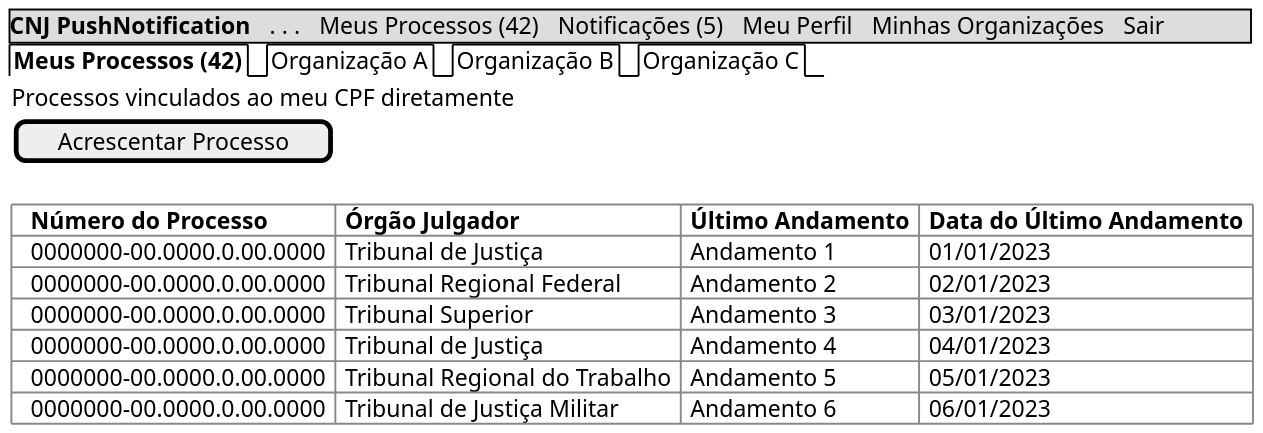
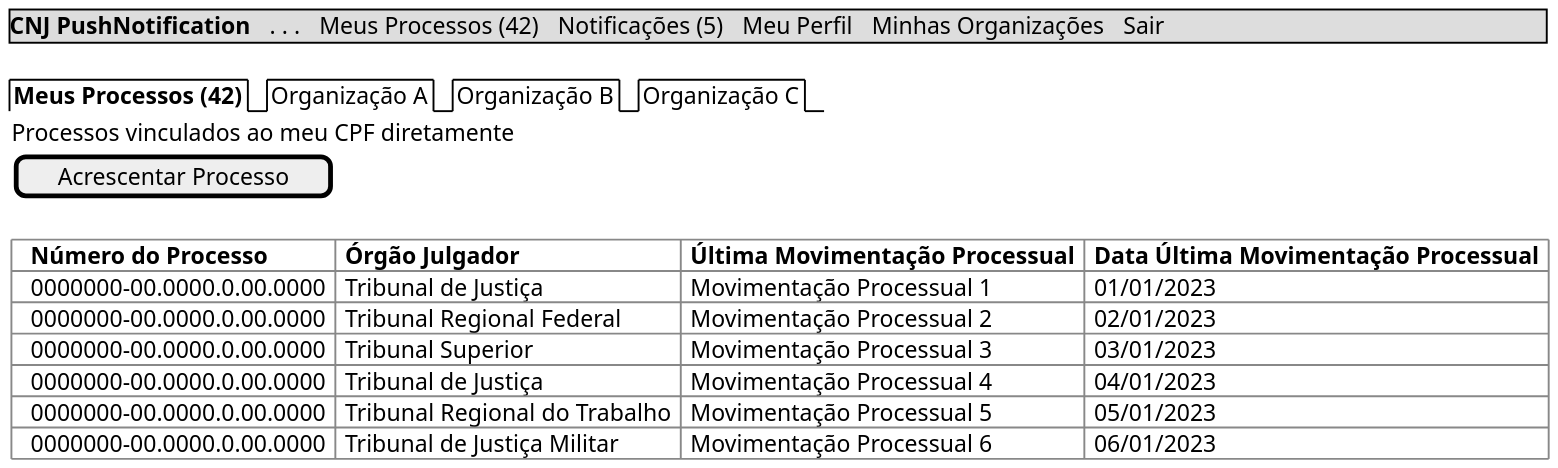
Before and after one commit to HelderVieira/cnj_push_notfication: the diagram in docs/wireframes/lista_processos_usuario.pu, drawn with PlantUML. The commit also changed 1 other file, not shown here.

```diff
--- a/docs/wireframes/lista_processos_usuario.pu
+++ b/docs/wireframes/lista_processos_usuario.pu
@@ -1,24 +1,25 @@
 @startsalt Lista de Processos do Usuário
 skinparam dpi 200
 
 {
     {* <b>CNJ PushNotification | . . . | Meus Processos (42) | Notificações (5) | Meu Perfil | Minhas Organizações | Sair }
-
+    .
     {/ <b>Meus Processos (42) | Organização A | Organização B | Organização C}
     {
     Processos vinculados ao meu CPF diretamente
     [Acrescentar Processo]
     .
         {T#
-        +<b>Número do Processo | <b>Órgão Julgador | <b>Último Andamento | <b>Data do Último Andamento
-        +0000000-00.0000.0.00.0000 | Tribunal de Justiça | Andamento 1 | 01/01/2023
-        +0000000-00.0000.0.00.0000 | Tribunal Regional Federal | Andamento 2 | 02/01/2023
-        +0000000-00.0000.0.00.0000 | Tribunal Superior | Andamento 3 | 03/01/2023
-        +0000000-00.0000.0.00.0000 | Tribunal de Justiça | Andamento 4 | 04/01/2023
-        +0000000-00.0000.0.00.0000 | Tribunal Regional do Trabalho | Andamento 5 | 05/01/2023
-        +0000000-00.0000.0.00.0000 | Tribunal de Justiça Militar | Andamento 6 | 06/01/2023
+        +<b>Número do Processo | <b>Órgão Julgador | <b>Última Movimentação Processual | <b>Data Última Movimentação Processual
+        +0000000-00.0000.0.00.0000 | Tribunal de Justiça | Movimentação Processual 1 | 01/01/2023
+        +0000000-00.0000.0.00.0000 | Tribunal Regional Federal | Movimentação Processual 2 | 02/01/2023
+        +0000000-00.0000.0.00.0000 | Tribunal Superior | Movimentação Processual 3 | 03/01/2023
+        +0000000-00.0000.0.00.0000 | Tribunal de Justiça | Movimentação Processual 4 | 04/01/2023
+        +0000000-00.0000.0.00.0000 | Tribunal Regional do Trabalho | Movimentação Processual 5 | 05/01/2023
+        +0000000-00.0000.0.00.0000 | Tribunal de Justiça Militar | Movimentação Processual 6 | 06/01/2023
         }
     .
     }
+    .
 }
 @endsalt
```
